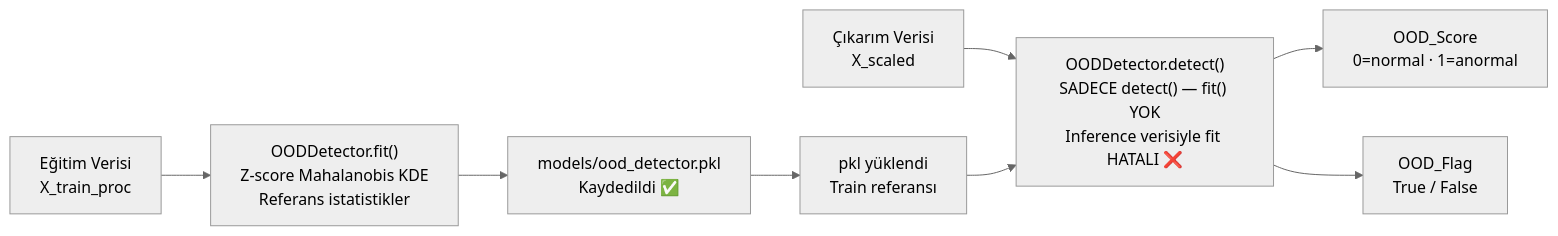
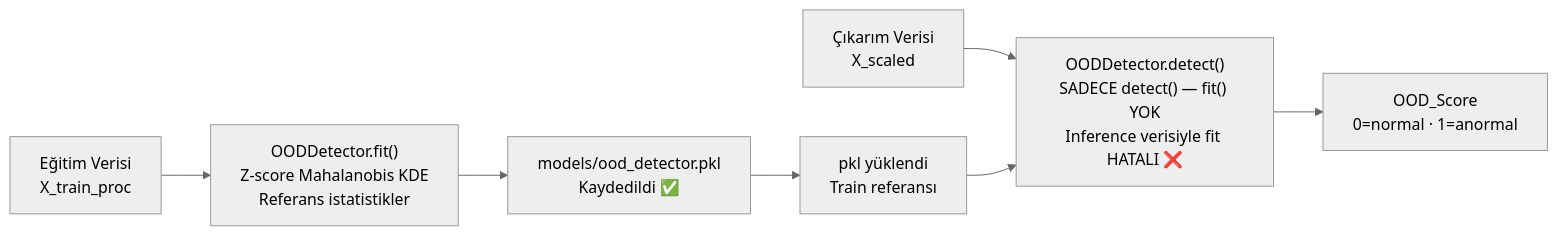
One commit to msgxr/VARIANT-GNN changed diagram 16 of 17 in README.md. Above: the diagram before and after it, drawn with Mermaid (neutral theme). The commit also changed other lines of this file and 1 other file, not shown here.

````diff
--- a/README.md
+++ b/README.md
@@ -747,18 +1011,16 @@
 ```mermaid
 flowchart LR
     TR["Eğitim Verisi\nX_train_proc"]
     FIT["OODDetector.fit()\nZ-score Mahalanobis KDE\nReferans istatistikler"]
     PKL["models/ood_detector.pkl\nKaydedildi ✅"]
     INF["Çıkarım Verisi\nX_scaled"]
     LOAD["pkl yüklendi\nTrain referansı"]
     DET["OODDetector.detect()\nSADECE detect() — fit() YOK\nInference verisiyle fit HATALI ❌"]
     SC["OOD_Score\n0=normal · 1=anormal"]
-    FL["OOD_Flag\nTrue / False"]
 
     TR --> FIT --> PKL
     PKL --> LOAD
     INF --> DET
     LOAD --> DET
     DET --> SC
-    DET --> FL
 ```
````
